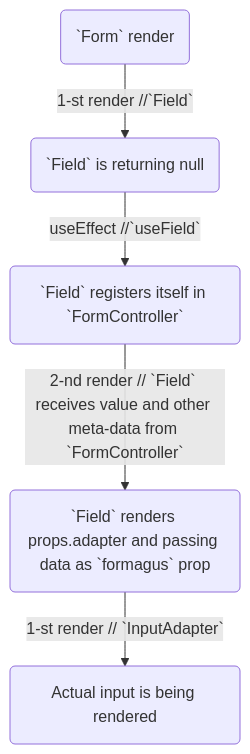
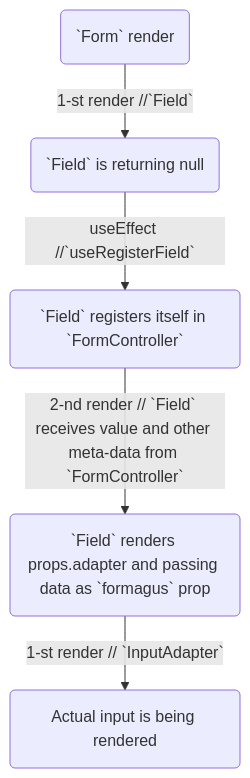
Before and after one commit to iaroslavshvets/formagus: the diagram in packages/docs/docs/index.md, drawn with Mermaid. The commit also changed other lines of this file and 66 other files, not shown here.

````diff
--- a/packages/docs/docs/index.md
+++ b/packages/docs/docs/index.md
@@ -194,8 +198,8 @@
 ```mermaid
 graph TD
 A(`Form` render)
 A -->|1-st render //`Field` | B(`Field` is returning null)
-B -->|useEffect //`useField`| C(`Field` registers itself in `FormController`)
+B -->|useEffect //`useRegisterField`| C(`Field` registers itself in `FormController`)
 C --> |2-nd render // `Field` receives value and other meta-data from `FormController`| D(`Field` renders props.adapter and passing data as `formagus` prop)
 D --> |1-st render // `InputAdapter` | E(Actual input is being rendered)
 ```
````
